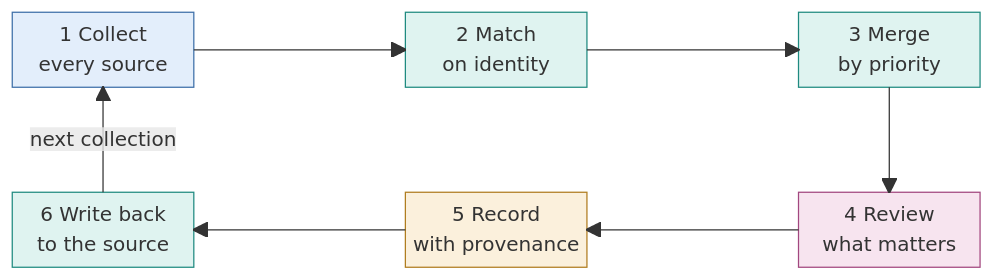
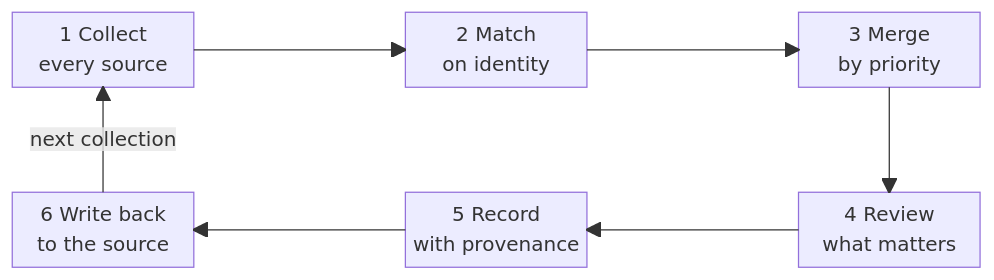
Before and after one commit to corvisau/corvis-sightline-whitepapers: the diagram in docs/prism/methodology/_overview.md, drawn with Mermaid. The commit also changed other lines of this file and 72 other files, not shown here.

First line of the commit message:
Restyle Prism diagrams, republish Prism and Sightline docs

````diff
--- a/docs/prism/methodology/_overview.md
+++ b/docs/prism/methodology/_overview.md
@@ -20,26 +20,22 @@
 ```mermaid
 ---
 config:
   block:
     padding: 12
 ---
 block-beta
     columns 5
     A["1 Collect<br/>every source"] space B["2 Match<br/>on identity"] space C["3 Merge<br/>by priority"]
     space:5
     F["6 Write back<br/>to the source"] space E["5 Record<br/>with provenance"] space D["4 Review<br/>what matters"]
     A --> B
     B --> C
     C --> D
     D --> E
     E --> F
     F -- "next collection" --> A
-    classDef src fill:#e3eefb,stroke:#3d6fa8,color:#13263d
-    classDef proc fill:#dff3f0,stroke:#1f8a80,color:#0d2e2b
-    classDef store fill:#fbf0dc,stroke:#b07d1f,color:#3a2806
-    classDef person fill:#f7e4ef,stroke:#a2477f,color:#3a1029
     class A src
     class B,C,F proc
     class D person
     class E store
 ```
````
